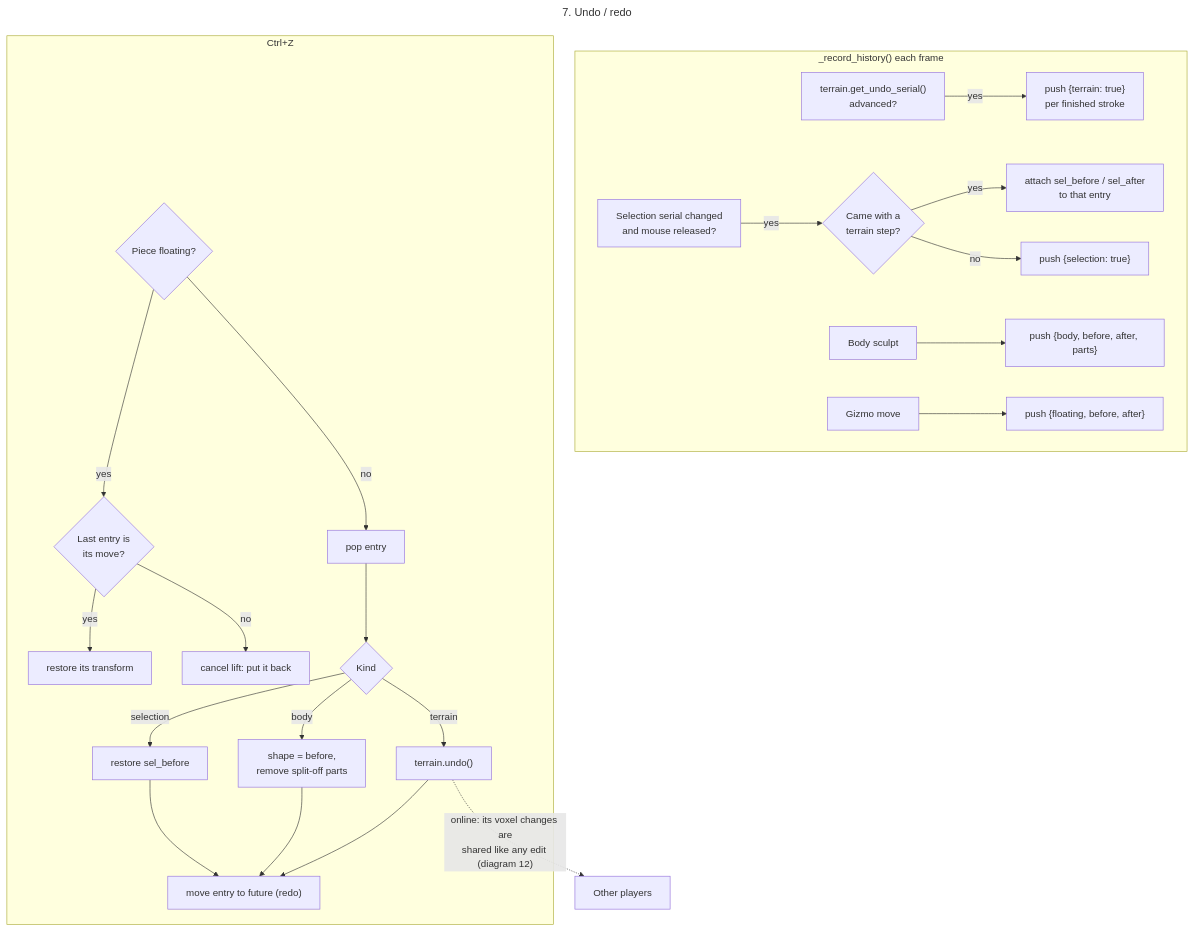
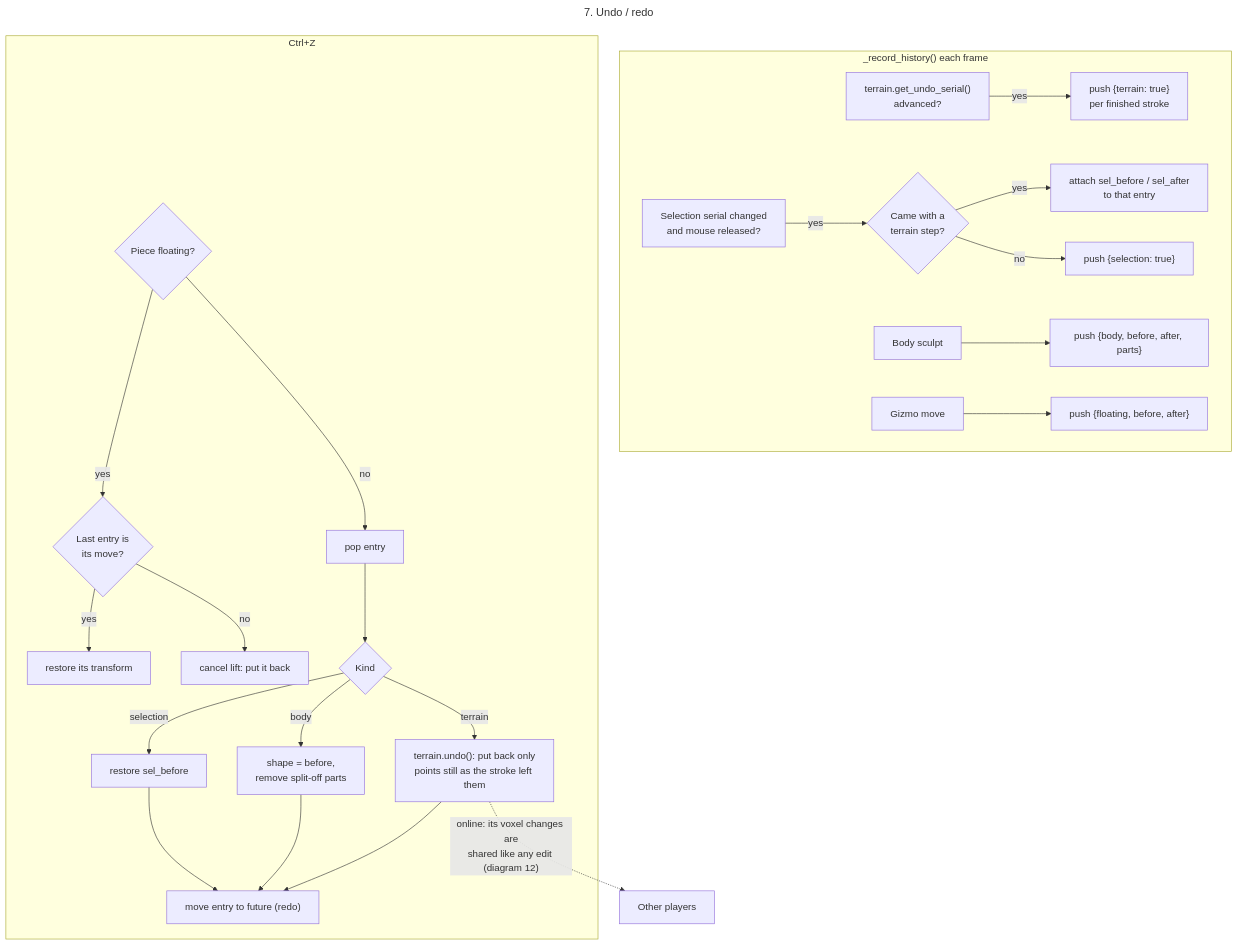
The diagram in diagrams/07-undo-redo.mmd (sampritchard03/wincraft), drawn with Mermaid before and after one commit. The commit also changed 8 other files, not shown here.

```diff
--- a/diagrams/07-undo-redo.mmd
+++ b/diagrams/07-undo-redo.mmd
@@ -1,26 +1,26 @@
 ---
 title: 7. Undo / redo
 ---
 flowchart TD
     subgraph Recording["_record_history() each frame"]
         A1["terrain.get_undo_serial()<br/>advanced?"] -- yes --> A2["push {terrain: true}<br/>per finished stroke"]
         A3["Selection serial changed<br/>and mouse released?"] -- yes --> A4{"Came with a<br/>terrain step?"}
         A4 -- yes --> A5["attach sel_before / sel_after<br/>to that entry"]
         A4 -- no --> A6["push {selection: true}"]
         A7["Body sculpt"] --> A8["push {body, before, after, parts}"]
         A9["Gizmo move"] --> A10["push {floating, before, after}"]
     end
 
     subgraph Undo["Ctrl+Z"]
         U0{"Piece floating?"} -- yes --> U1{"Last entry is<br/>its move?"}
         U1 -- yes --> U2["restore its transform"]
         U1 -- no --> U3["cancel lift: put it back"]
         U0 -- no --> U4["pop entry"]
         U4 --> U5{"Kind"}
-        U5 -- terrain --> U6["terrain.undo()"]
+        U5 -- terrain --> U6["terrain.undo(): put back only<br/>points still as the stroke left them"]
         U5 -- body --> U7["shape = before,<br/>remove split-off parts"]
         U5 -- selection --> U8["restore sel_before"]
         U6 & U7 & U8 --> U9["move entry to future (redo)"]
     end
 
     U6 -.->|"online: its voxel changes are<br/>shared like any edit (diagram 12)"| NET7["Other players"]
```
